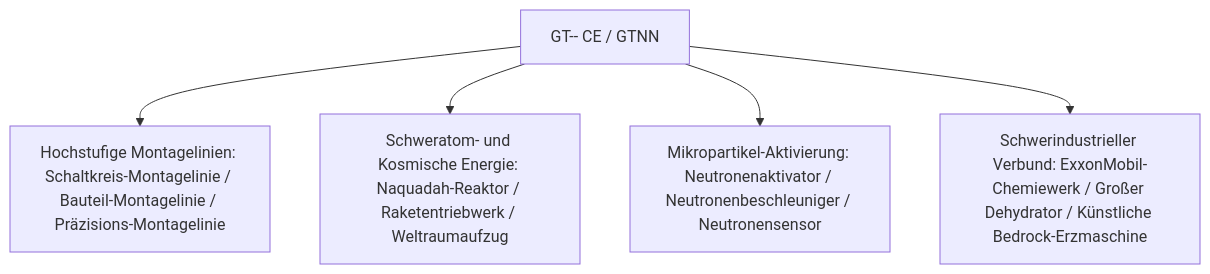
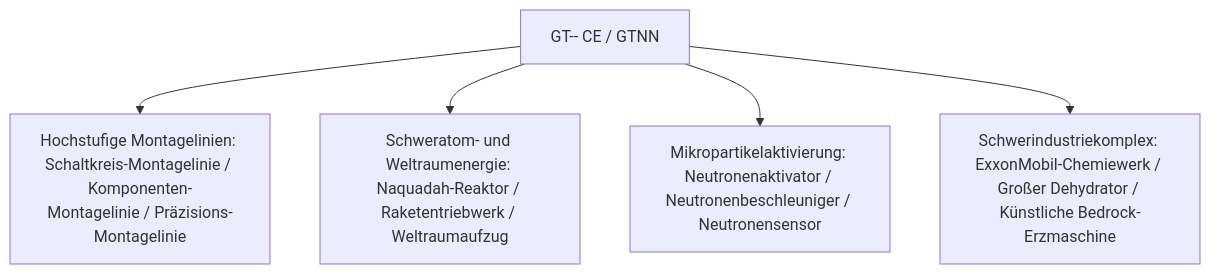
Before and after one commit to takanashisatou/GregtechEasy: the diagram in docs/de/gt-minus-minus/index.md, drawn with Mermaid. The commit also changed other lines of this file and 138 other files, not shown here.

````diff
--- a/docs/de/gt-minus-minus/index.md
+++ b/docs/de/gt-minus-minus/index.md
@@ -12,7 +12,7 @@
 ```mermaid
 graph TD
-    A[GT-- CE / GTNN] --> B[Hochstufige Montagelinien: Schaltkreis-Montagelinie / Bauteil-Montagelinie / Präzisions-Montagelinie]
-    A --> C[Schweratom- und Kosmische Energie: Naquadah-Reaktor / Raketentriebwerk / Weltraumaufzug]
-    A --> D[Mikropartikel-Aktivierung: Neutronenaktivator / Neutronenbeschleuniger / Neutronensensor]
-    A --> E[Schwerindustrieller Verbund: ExxonMobil-Chemiewerk / Großer Dehydrator / Künstliche Bedrock-Erzmaschine]
+    A[GT-- CE / GTNN] --> B[Hochstufige Montagelinien: Schaltkreis-Montagelinie / Komponenten-Montagelinie / Präzisions-Montagelinie]
+    A --> C[Schweratom- und Weltraumenergie: Naquadah-Reaktor / Raketentriebwerk / Weltraumaufzug]
+    A --> D[Mikropartikelaktivierung: Neutronenaktivator / Neutronenbeschleuniger / Neutronensensor]
+    A --> E[Schwerindustriekomplex: ExxonMobil-Chemiewerk / Großer Dehydrator / Künstliche Bedrock-Erzmaschine]
 ```
````
